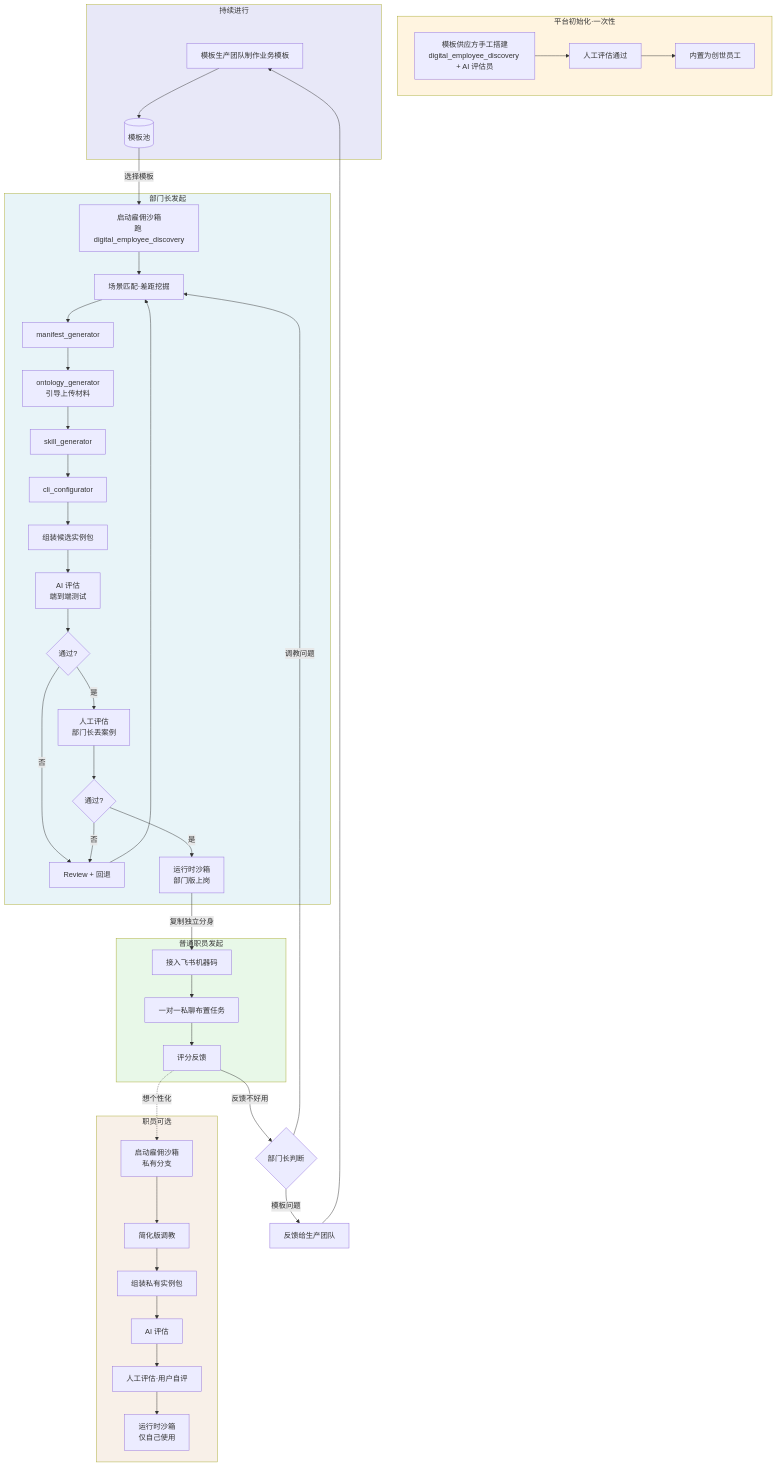
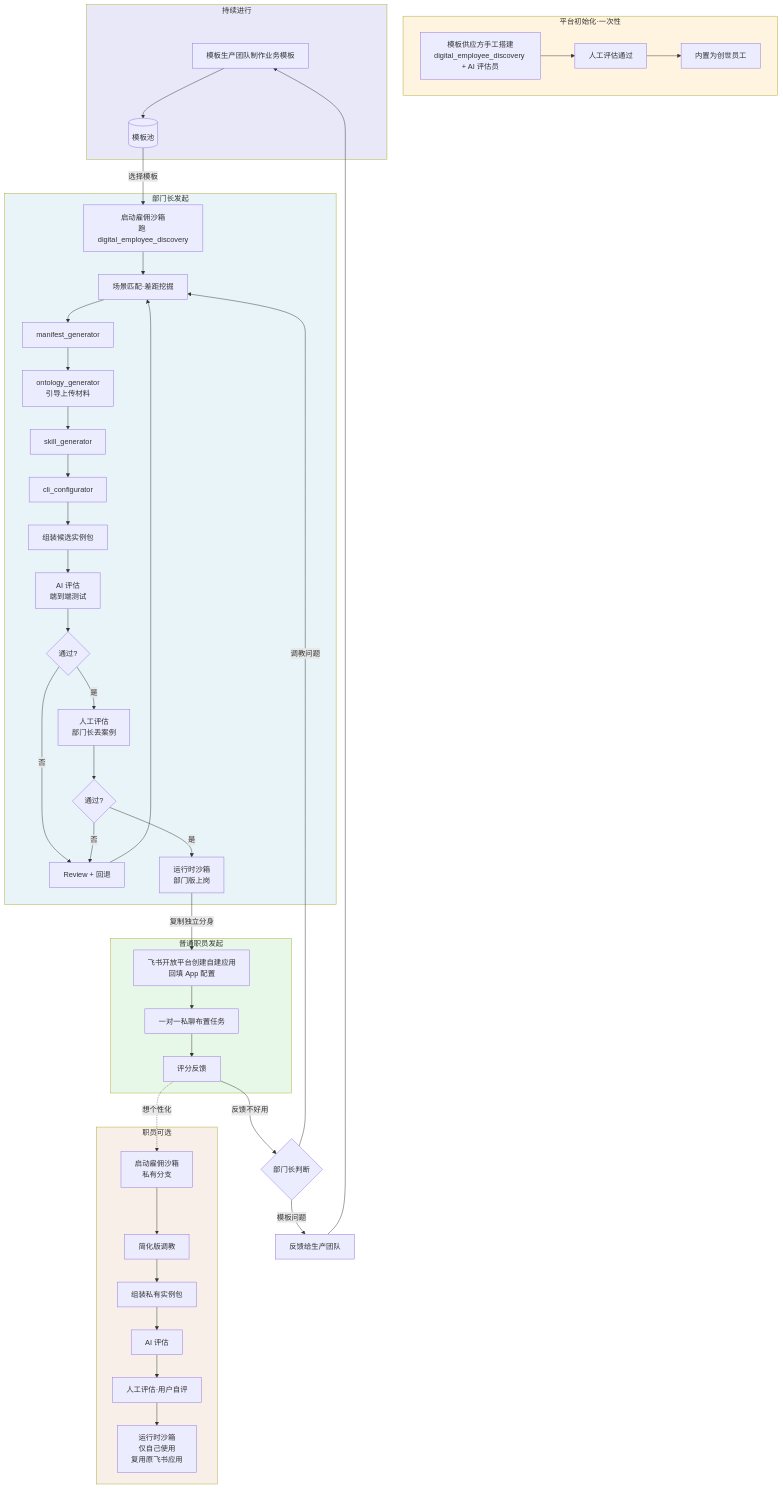
The second of 5 diagrams in 01-雇佣端产品产品规划文档.md (wayyet/hirebot-web), drawn with Mermaid before and after one commit. The commit also changed other lines of this file and 18 other files, not shown here.

````diff
--- a/01-雇佣端产品产品规划文档.md
+++ b/01-雇佣端产品产品规划文档.md
@@ -134,58 +134,58 @@
 ```mermaid
 flowchart TB
     subgraph 初始化[平台初始化·一次性]
         S1[模板供应方手工搭建<br/>digital_employee_discovery + AI 评估员]
         S1 --> S2[人工评估通过]
         S2 --> S3[内置为创世员工]
     end
-    
+
     subgraph 模板生产[持续进行]
         T1[模板生产团队制作业务模板] --> T2[(模板池)]
     end
-    
+
     subgraph 部门调教[部门长发起]
         T2 -->|选择模板| D1[启动雇佣沙箱<br/>跑 digital_employee_discovery]
         D1 --> D2[场景匹配·差距挖掘]
         D2 --> D3[manifest_generator]
         D3 --> D4[ontology_generator<br/>引导上传材料]
         D4 --> D5[skill_generator]
         D5 --> D6[cli_configurator]
         D6 --> D7[组装候选实例包]
-        
+
         D7 --> AE1[AI 评估<br/>端到端测试]
         AE1 --> AJ1{通过?}
         AJ1 -->|否| RV[Review + 回退]
         AJ1 -->|是| HE1[人工评估<br/>部门长丢案例]
         HE1 --> HJ1{通过?}
         HJ1 -->|否| RV
         HJ1 -->|是| LIVE1[运行时沙箱<br/>部门版上岗]
-        
+
         RV --> D2
     end
-    
+
     subgraph 个人使用[普通职员发起]
-        LIVE1 -->|复制独立分身| U1[接入飞书机器码]
+        LIVE1 -->|复制独立分身| U1[飞书开放平台创建自建应用<br/>回填 App 配置]
         U1 --> U2[一对一私聊布置任务]
         U2 --> U3[评分反馈]
     end
-    
+
     subgraph 私有分支[职员可选]
         U3 -.想个性化.-> P1[启动雇佣沙箱<br/>私有分支]
         P1 --> P2[简化版调教]
         P2 --> P3[组装私有实例包]
         P3 --> AE2[AI 评估]
         AE2 --> HE2[人工评估·用户自评]
-        HE2 --> LIVE2[运行时沙箱<br/>仅自己使用]
+        HE2 --> LIVE2[运行时沙箱<br/>仅自己使用<br/>复用原飞书应用]
     end
-    
+
     U3 -->|反馈不好用| F{部门长判断}
     F -->|调教问题| D2
     F -->|模板问题| FB[反馈给生产团队]
     FB --> T1
-    
+
     style 初始化 fill:#fff4e0
     style 模板生产 fill:#e8e8f8
     style 部门调教 fill:#e8f4f8
     style 个人使用 fill:#e8f8e8
     style 私有分支 fill:#f8f0e8
 ```
````
